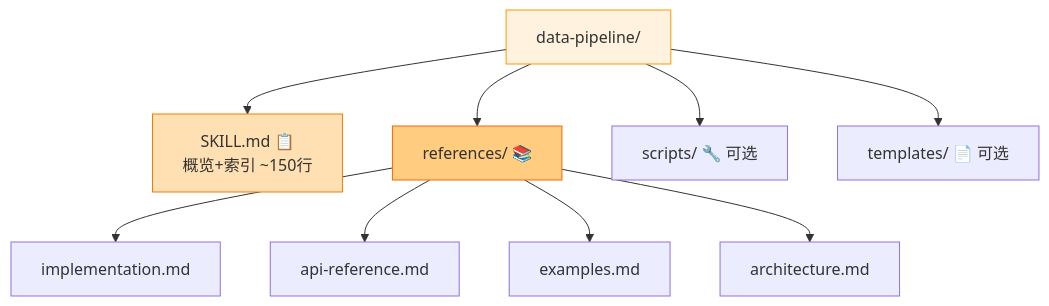
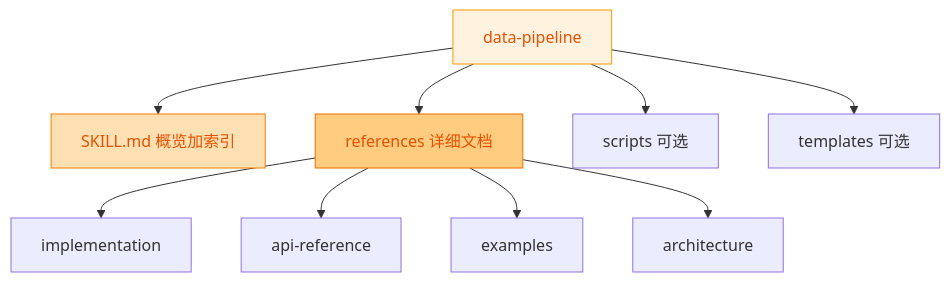
The ninth of 11 diagrams in skill-factory/SKILL.md (morning-start/coze-skills), drawn with Mermaid before and after one commit. The commit also changed other lines of this file and 2 other files, not shown here.

First line of the commit message:
feat(skill-factory): 新增researcher阶段并升级版本至v9.0.0

````diff
--- a/skill-factory/SKILL.md
+++ b/skill-factory/SKILL.md
@@ -162,16 +264,16 @@
 ```mermaid
 graph TD
-    A["data-pipeline/"] --> B["SKILL.md 📋<br/>概览+索引 ~150行"]
-    A --> C["references/ 📚"]
-    A --> D["scripts/ 🔧 可选"]
-    A --> E["templates/ 📄 可选"]
+    A[data-pipeline] --> B[SKILL.md 概览加索引]
+    A --> C[references 详细文档]
+    A --> D[scripts 可选]
+    A --> E[templates 可选]
     
-    C --> C1["implementation.md"]
-    C --> C2["api-reference.md"]
-    C --> C3["examples.md"]
-    C --> C4["architecture.md"]
+    C --> C1[implementation]
+    C --> C2[api-reference]
+    C --> C3[examples]
+    C --> C4[architecture]
     
-    style A fill:#fff3e0,stroke:#ff9800
-    style B fill:#ffe0b2,stroke:#f57c00
-    style C fill:#ffcc80,stroke:#ef6c00
+    style A fill:#fff3e0,stroke:#ff9800,color:#e65100
+    style B fill:#ffe0b2,stroke:#f57c00,color:#e65100
+    style C fill:#ffcc80,stroke:#ef6c00,color:#e65100
 ```
````
